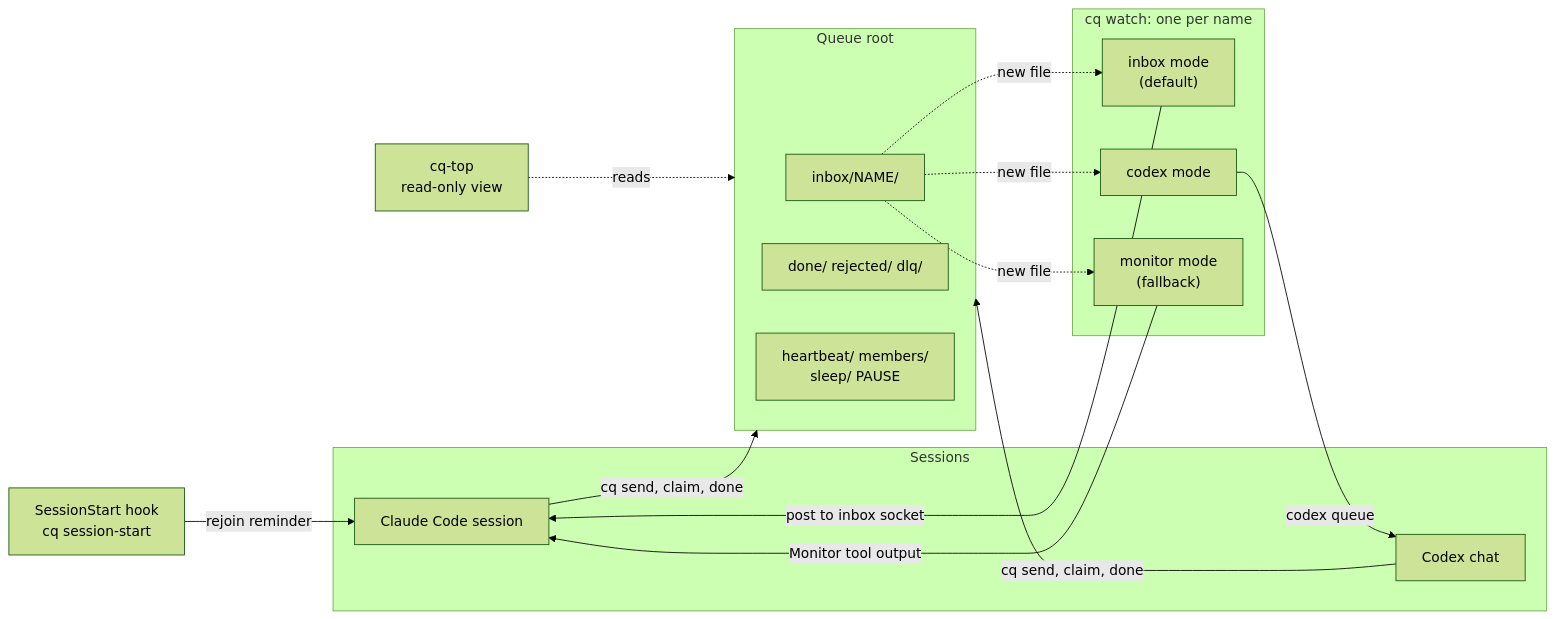
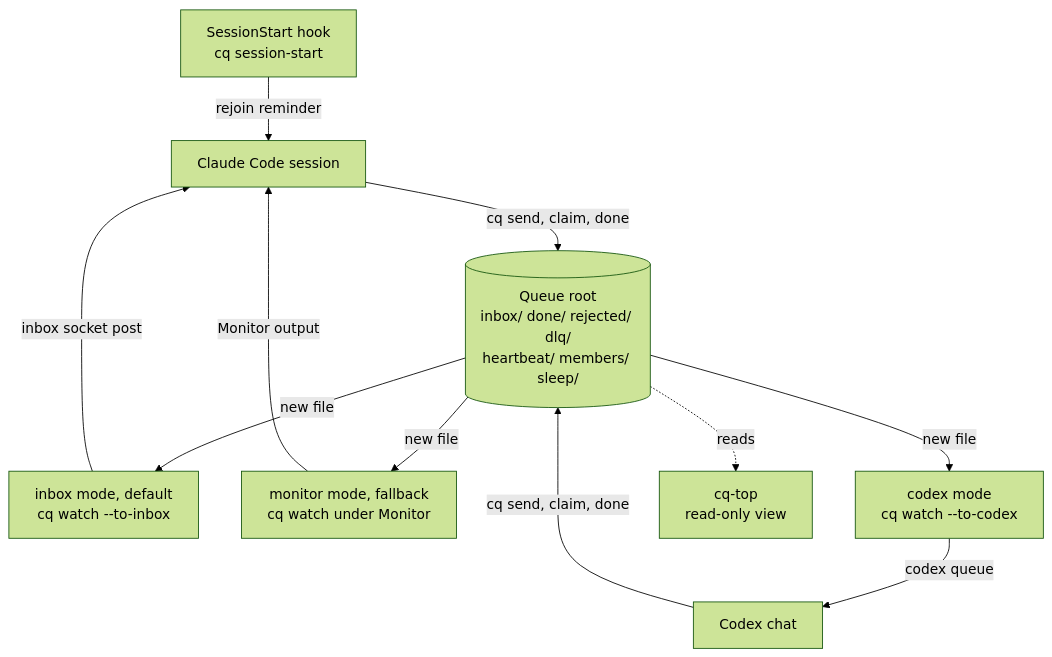
Before and after one commit to niklasrichardson/session-queue: the first of 2 diagrams in README.md, drawn with Mermaid (forest theme).

Commit message:
README: lay out the architecture diagram top to bottom
The left-to-right layout rendered too wide to read on GitHub.

````diff
--- a/README.md
+++ b/README.md
@@ -15,30 +15,22 @@
 ```mermaid
-flowchart LR
-    subgraph S["Sessions"]
-        CC["Claude Code session"]
-        CX["Codex chat"]
-    end
+flowchart TB
+    HK["SessionStart hook<br/>cq session-start"]
+    CC["Claude Code session"]
+    CX["Codex chat"]
+    R[("Queue root<br/>inbox/ done/ rejected/ dlq/<br/>heartbeat/ members/ sleep/")]
+    WI["inbox mode, default<br/>cq watch --to-inbox"]
+    WM["monitor mode, fallback<br/>cq watch under Monitor"]
+    WC["codex mode<br/>cq watch --to-codex"]
+    TOP["cq-top<br/>read-only view"]
 
-    subgraph R["Queue root"]
-        IN["inbox/NAME/"]
-        FIN["done/ rejected/ dlq/"]
-        ST["heartbeat/ members/<br/>sleep/ PAUSE"]
-    end
-
-    subgraph W["cq watch: one per name"]
-        WI["inbox mode<br/>(default)"]
-        WC["codex mode"]
-        WM["monitor mode<br/>(fallback)"]
-    end
-
+    HK -->|"rejoin reminder"| CC
     CC -->|"cq send, claim, done"| R
     CX -->|"cq send, claim, done"| R
-    IN -.->|"new file"| WI
-    IN -.->|"new file"| WC
-    IN -.->|"new file"| WM
-    WI -->|"post to inbox socket"| CC
+    R -->|"new file"| WI
+    R -->|"new file"| WM
+    R -->|"new file"| WC
+    WI -->|"inbox socket post"| CC
+    WM -->|"Monitor output"| CC
     WC -->|"codex queue"| CX
-    WM -->|"Monitor tool output"| CC
-    HK["SessionStart hook<br/>cq session-start"] -->|"rejoin reminder"| CC
-    TOP["cq-top<br/>read-only view"] -.->|"reads"| R
+    R -.->|"reads"| TOP
 ```
````
